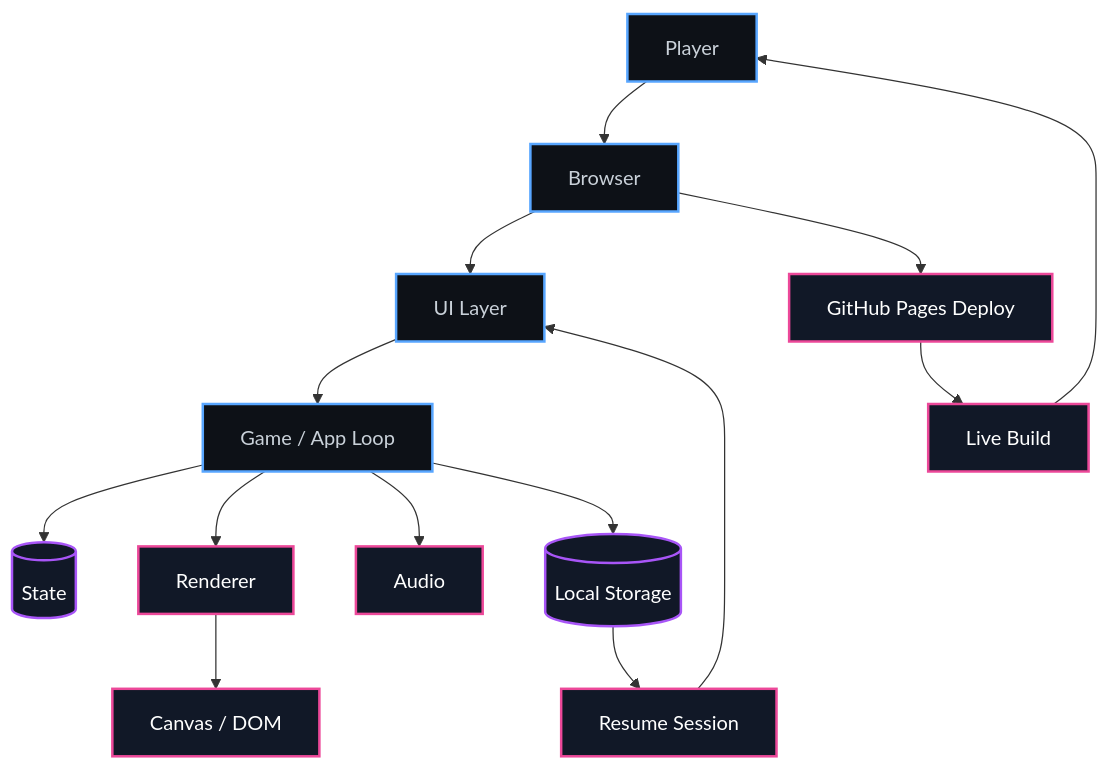
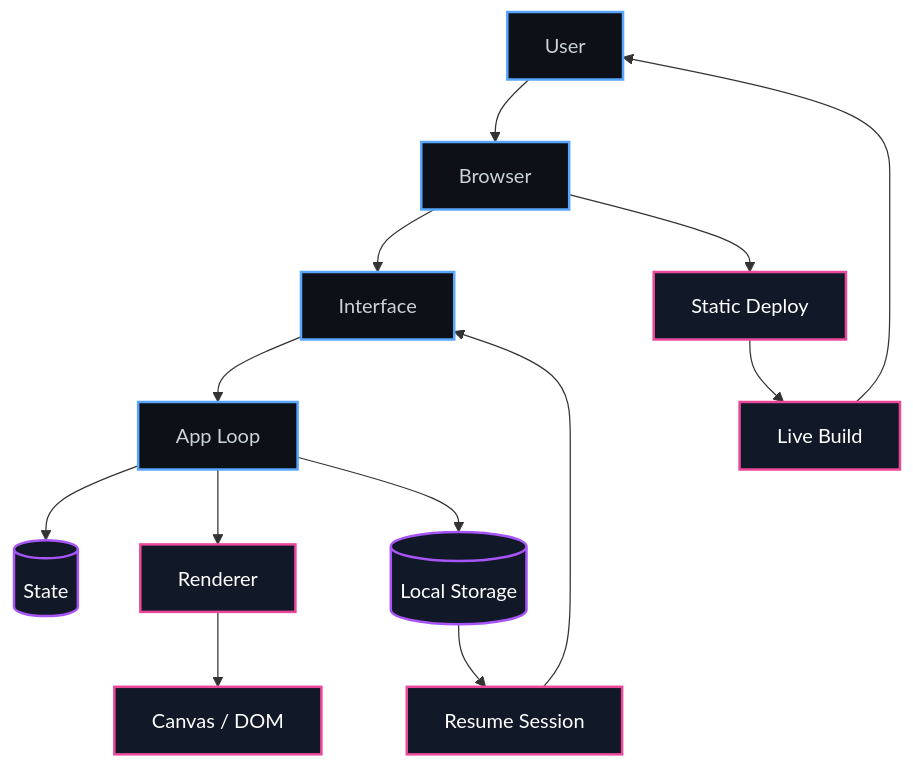
The diagram in README.md (Mahan-Imanian/Mahan-Imanian), drawn with Mermaid before and after one commit. The commit also changed other lines of this file, not shown here.

`````diff
--- a/README.md
+++ b/README.md
@@ -171,24 +141,23 @@
 ```mermaid
 flowchart TB
-  Player["Player"] --> Browser["Browser"]
-  Browser --> UI["UI Layer"]
-  UI --> Loop["Game / App Loop"]
-  Loop --> State[("State")]
-  Loop --> Render["Renderer"]
-  Loop --> Audio["Audio"]
-  Loop --> Storage[("Local Storage")]
-  Render --> Canvas["Canvas / DOM"]
-  Storage --> Resume["Resume Session"]
-  Resume --> UI
-  Browser --> Deploy["GitHub Pages Deploy"]
+  User["User"] --> Browser["Browser"]
+  Browser --> Interface["Interface"]
+  Interface --> AppLoop["App Loop"]
+  AppLoop --> State[("State")]
+  AppLoop --> Renderer["Renderer"]
+  AppLoop --> Storage[("Local Storage")]
+  Renderer --> View["Canvas / DOM"]
+  Storage --> Session["Resume Session"]
+  Session --> Interface
+  Browser --> Deploy["Static Deploy"]
   Deploy --> Live["Live Build"]
-  Live --> Player
+  Live --> User
 
   classDef core fill:#0d1117,stroke:#58a6ff,color:#c9d1d9,stroke-width:2px;
   classDef data fill:#111827,stroke:#a855f7,color:#ffffff,stroke-width:2px;
   classDef output fill:#111827,stroke:#ec4899,color:#ffffff,stroke-width:2px;
 
-  class Player,Browser,UI,Loop core;
+  class User,Browser,Interface,AppLoop core;
   class State,Storage data;
-  class Render,Canvas,Audio,Deploy,Live,Resume output;
-```
+  class Renderer,View,Deploy,Live,Session output;
+````
`````
